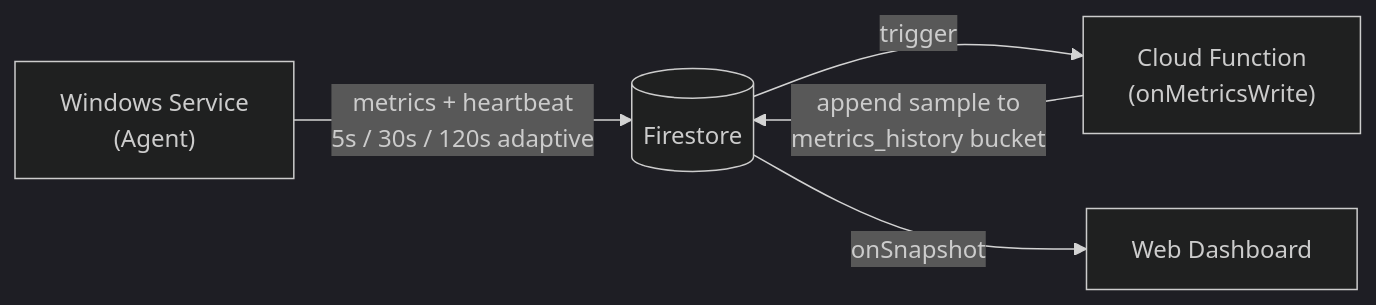
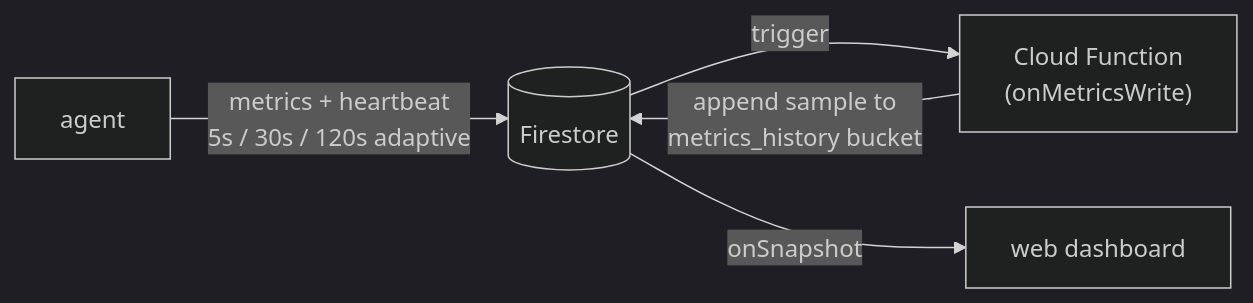
One commit to tridant-io/owlette changed the third of 11 diagrams in web/content/docs/architecture.mdx. Above: the diagram before and after it, drawn with Mermaid (dark theme). The commit also changed other lines of this file and 98 other files, not shown here.

````diff
--- a/web/content/docs/architecture.mdx
+++ b/web/content/docs/architecture.mdx
@@ -129,12 +232,12 @@
 ```mermaid
 flowchart LR
-    Agent["Windows Service\n(Agent)"]
+    Agent["agent"]
     FS[("Firestore")]
     CF["Cloud Function\n(onMetricsWrite)"]
-    Dashboard["Web Dashboard"]
+    Dashboard["web dashboard"]
 
     Agent -->|"metrics + heartbeat\n5s / 30s / 120s adaptive"| FS
     FS -->|"trigger"| CF
     CF -->|"append sample to\nmetrics_history bucket"| FS
     FS -->|"onSnapshot"| Dashboard
 ```
````
